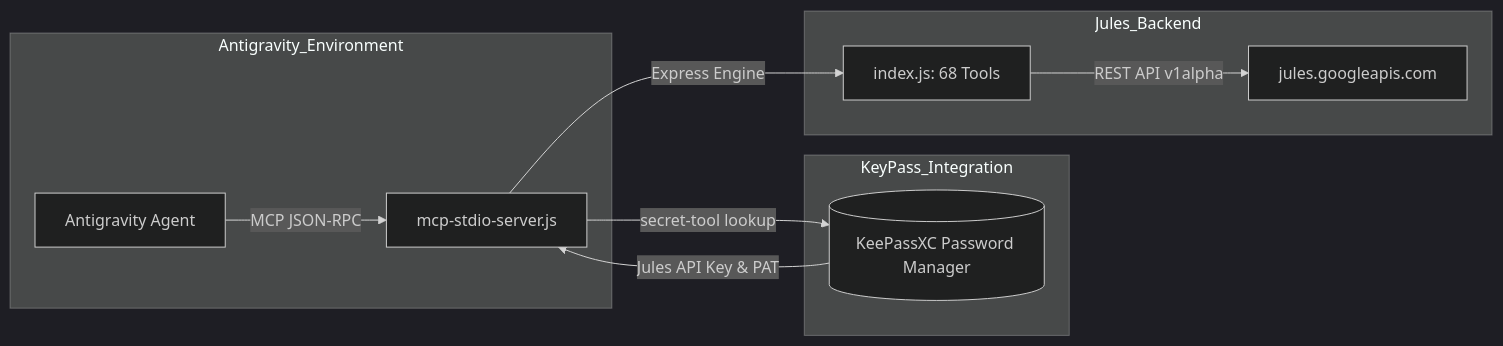
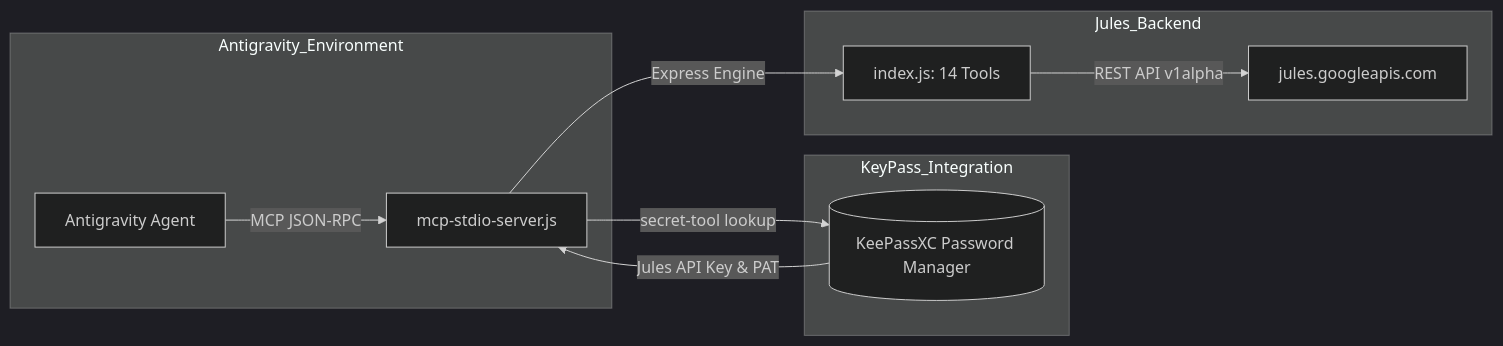
One commit to foersben/PHIDS changed the fifth of 5 diagrams in .agents/README.md. Above: the diagram before and after it, drawn with Mermaid (dark theme). The commit also changed other lines of this file and 8 other files, not shown here.

Commit message:
docs(skills): establish comprehensive skills catalog and fix frontmatter schemas

````diff
--- a/.agents/README.md
+++ b/.agents/README.md
@@ -299,16 +301,16 @@
 ```mermaid
 graph LR
     subgraph Antigravity_Environment
         AGY[Antigravity Agent] -->|MCP JSON-RPC| StdioServer[mcp-stdio-server.js]
     end
 
     subgraph KeyPass_Integration
         StdioServer -->|secret-tool lookup| KeyPass[(KeePassXC Password Manager)]
         KeyPass -->|Jules API Key & PAT| StdioServer
     end
 
     subgraph Jules_Backend
-        StdioServer -->|Express Engine| JulesBackend[index.js: 68 Tools]
+        StdioServer -->|Express Engine| JulesBackend[index.js: 14 Tools]
         JulesBackend -->|REST API v1alpha| GoogleJules[jules.googleapis.com]
     end
 ```
````
